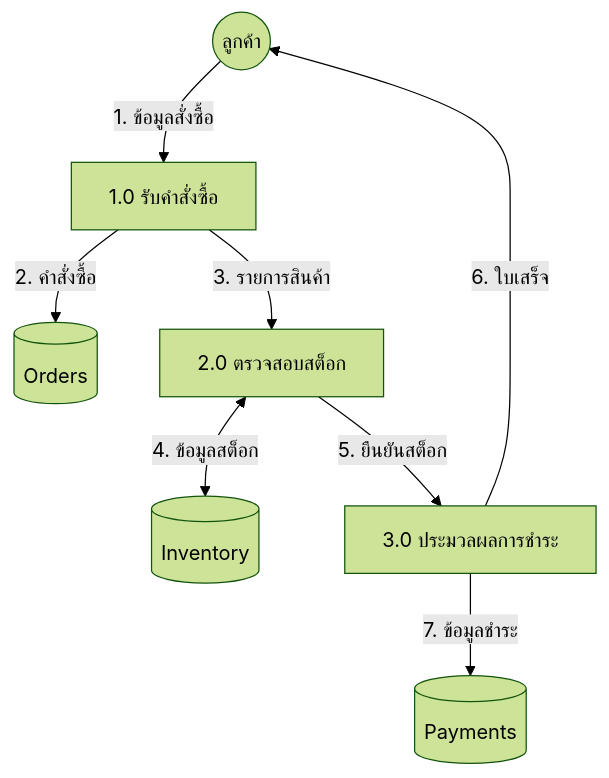
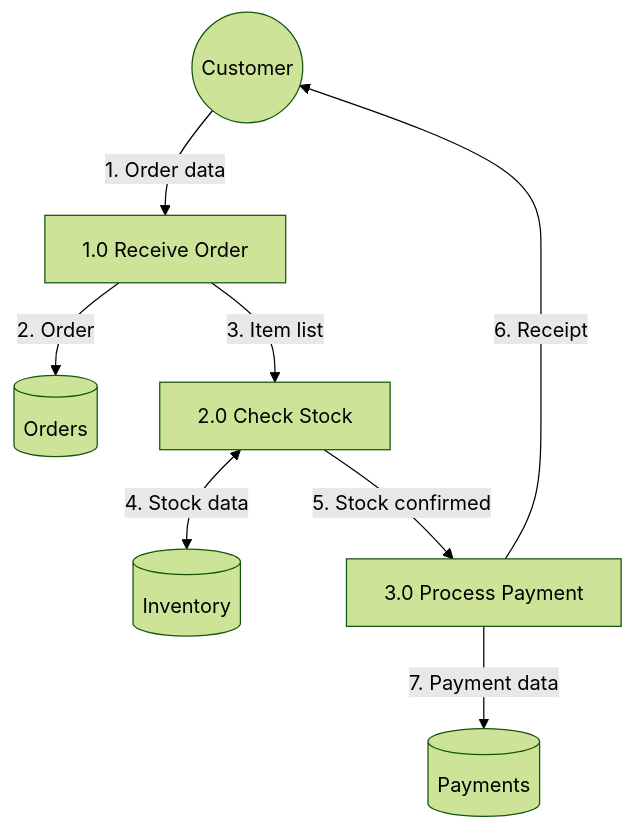
Before and after one commit to mounchons/AgentMarketPlace: the fifth of 16 diagrams in plugins/system-design-doc/skills/system-design-doc/references/mermaid-patterns.md, drawn with Mermaid (forest theme). The commit also changed other lines of this file and 51 other files, not shown here.

````diff
--- a/plugins/system-design-doc/skills/system-design-doc/references/mermaid-patterns.md
+++ b/plugins/system-design-doc/skills/system-design-doc/references/mermaid-patterns.md
@@ -55,10 +55,10 @@
 ```mermaid
 flowchart TB
-    E1((ลูกค้า)) -->|1. ข้อมูลสั่งซื้อ| P1[1.0 รับคำสั่งซื้อ]
-    P1 -->|2. คำสั่งซื้อ| D1[(Orders)]
-    P1 -->|3. รายการสินค้า| P2[2.0 ตรวจสอบสต็อก]
-    P2 <-->|4. ข้อมูลสต็อก| D2[(Inventory)]
-    P2 -->|5. ยืนยันสต็อก| P3[3.0 ประมวลผลการชำระ]
-    P3 -->|6. ใบเสร็จ| E1
-    P3 -->|7. ข้อมูลชำระ| D3[(Payments)]
+    E1((Customer)) -->|1. Order data| P1[1.0 Receive Order]
+    P1 -->|2. Order| D1[(Orders)]
+    P1 -->|3. Item list| P2[2.0 Check Stock]
+    P2 <-->|4. Stock data| D2[(Inventory)]
+    P2 -->|5. Stock confirmed| P3[3.0 Process Payment]
+    P3 -->|6. Receipt| E1
+    P3 -->|7. Payment data| D3[(Payments)]
 ```
````
